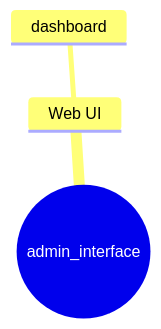
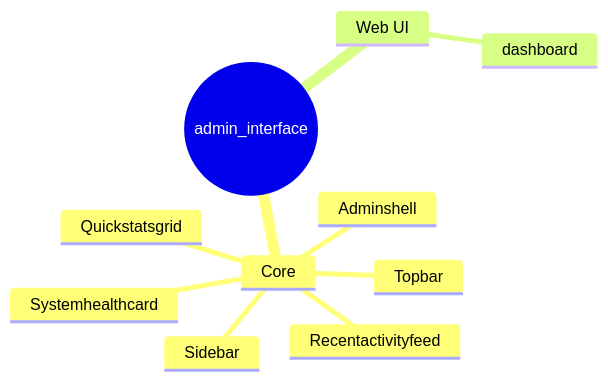
Before and after one commit to Punyamittal/admin_interface: the fourth of 4 diagrams in README.md, drawn with Mermaid. The commit also changed other lines of this file, not shown here.

````diff
--- a/README.md
+++ b/README.md
@@ -205,6 +216,13 @@
 ```mermaid
 mindmap
   root((admin_interface))
+    Core
+      Quickstatsgrid
+      Recentactivityfeed
+      Systemhealthcard
+      Adminshell
+      Sidebar
+      Topbar
     Web UI
       dashboard
 ```
````
